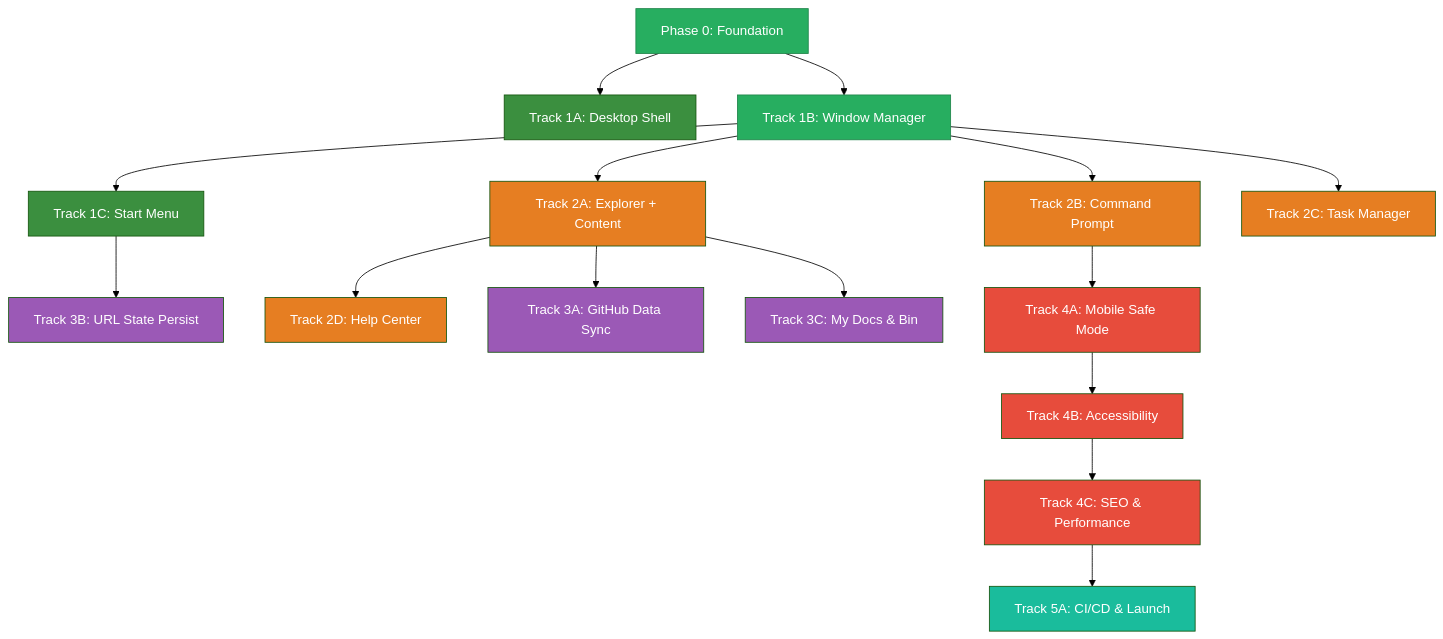
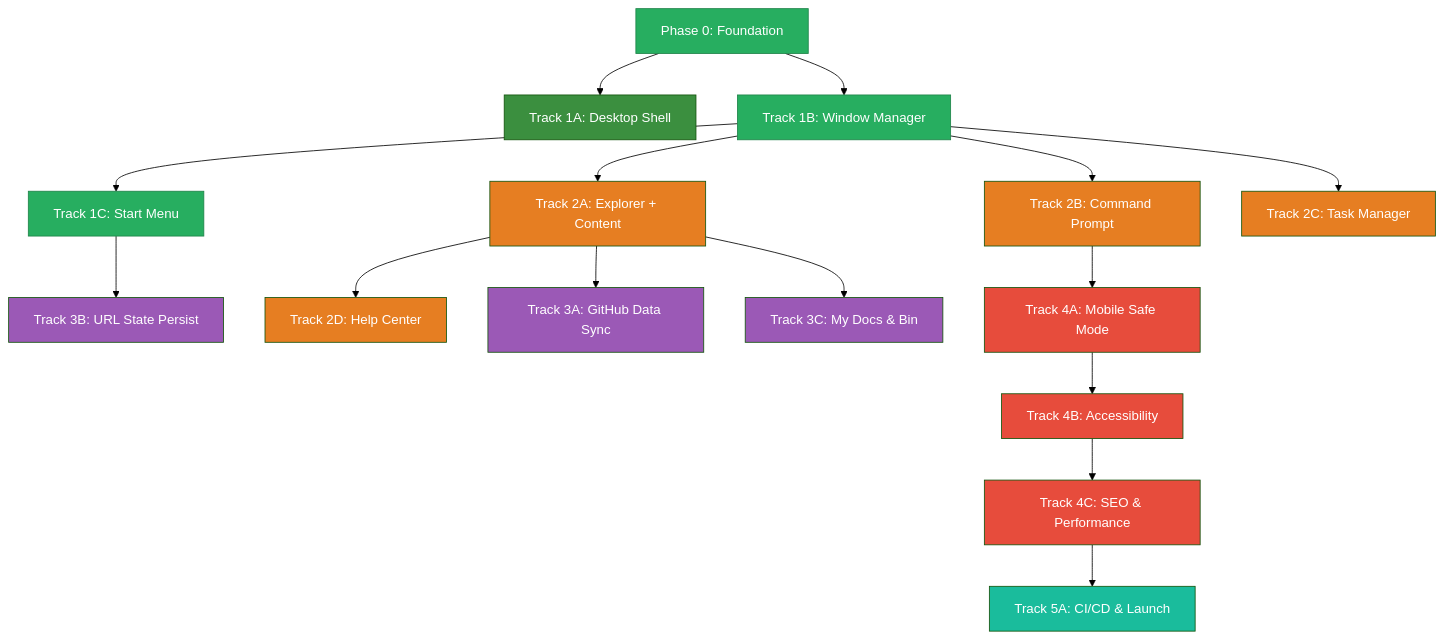
One commit to mansyar/portfolio-v3 changed the second of 2 diagrams in docs/ROADMAP.md. Above: the diagram before and after it, drawn with Mermaid (forest theme). The commit also changed other lines of this file, not shown here.

Commit message:
docs: Update ROADMAP with completed Track 1C — Start Menu

````diff
--- a/docs/ROADMAP.md
+++ b/docs/ROADMAP.md
@@ -569,33 +603,33 @@
 ```mermaid
 graph TD
     P0[Phase 0: Foundation] --> T1A[Track 1A: Desktop Shell]
     P0 --> T1B[Track 1B: Window Manager]
     T1B --> T1C[Track 1C: Start Menu]
     T1B --> T2A[Track 2A: Explorer + Content]
     T1B --> T2B[Track 2B: Command Prompt]
     T1B --> T2C[Track 2C: Task Manager]
     T2A --> T2D[Track 2D: Help Center]
     T2A --> T3A[Track 3A: GitHub Data Sync]
     T1C --> T3B[Track 3B: URL State Persist]
     T2A --> T3C[Track 3C: My Docs & Bin]
     T2B --> T4A[Track 4A: Mobile Safe Mode]
     T4A --> T4B[Track 4B: Accessibility]
     T4B --> T4C[Track 4C: SEO & Performance]
     T4C --> T5A[Track 5A: CI/CD & Launch]
 
     style P0 fill:#27ae60,color:#fff,stroke:#1e8449
     style T1A fill:#3b8f3f,color:#fff
     style T1B fill:#27ae60,color:#fff,stroke:#1e8449
-    style T1C fill:#3b8f3f,color:#fff
+    style T1C fill:#27ae60,color:#fff,stroke:#1e8449
     style T2A fill:#e67e22,color:#fff
     style T2B fill:#e67e22,color:#fff
     style T2C fill:#e67e22,color:#fff
     style T2D fill:#e67e22,color:#fff
     style T3A fill:#9b59b6,color:#fff
     style T3B fill:#9b59b6,color:#fff
     style T3C fill:#9b59b6,color:#fff
     style T4A fill:#e74c3c,color:#fff
     style T4B fill:#e74c3c,color:#fff
     style T4C fill:#e74c3c,color:#fff
     style T5A fill:#1abc9c,color:#fff
 ```
````
